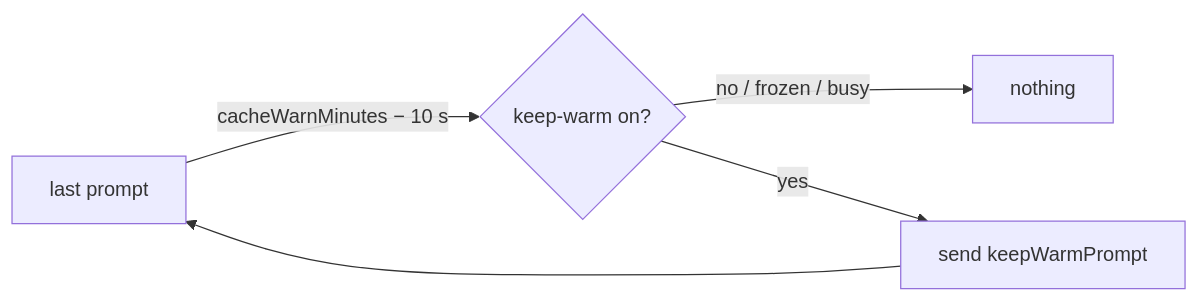
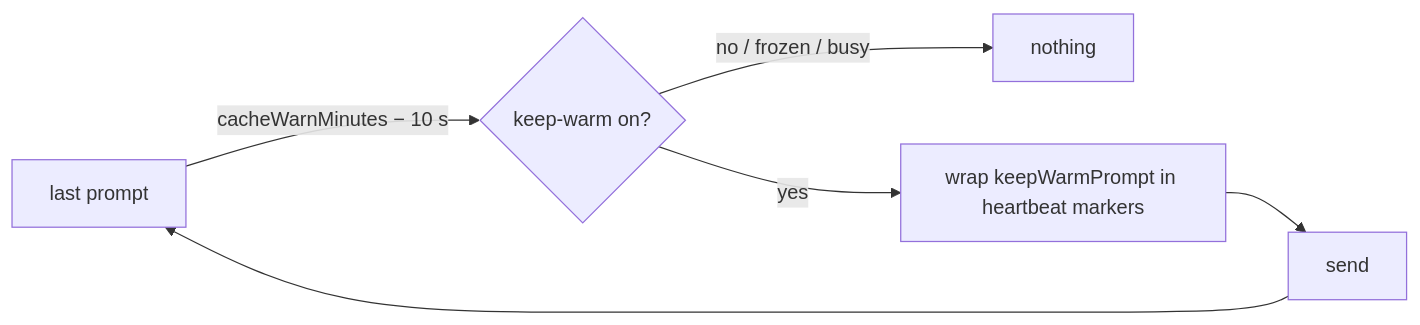
The second of 2 diagrams in docs/session-freeze.md (PetePeter/helm), drawn with Mermaid before and after one commit. The commit also changed other lines of this file and 12 other files, not shown here.

Commit message:
feat: configure keep-warm heartbeat text

````diff
--- a/docs/session-freeze.md
+++ b/docs/session-freeze.md
@@ -73,6 +80,6 @@
 ```mermaid
 graph LR
     P[last prompt] -->|cacheWarnMinutes − 10 s| K{keep-warm on?}
     K -->|no / frozen / busy| X[nothing]
-    K -->|yes| S[send keepWarmPrompt] --> P
+    K -->|yes| W[wrap keepWarmPrompt in heartbeat markers] --> S[send] --> P
 ```
````
